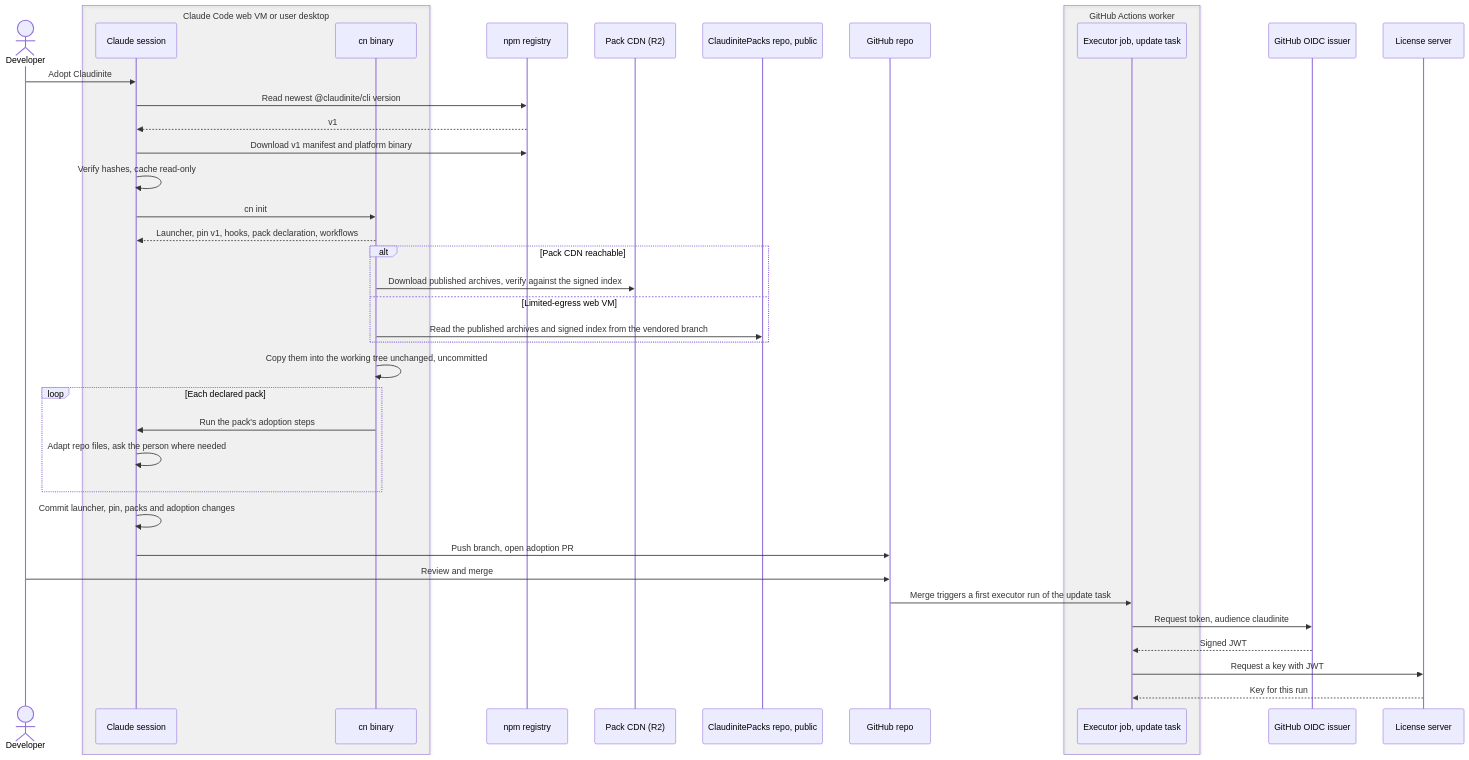
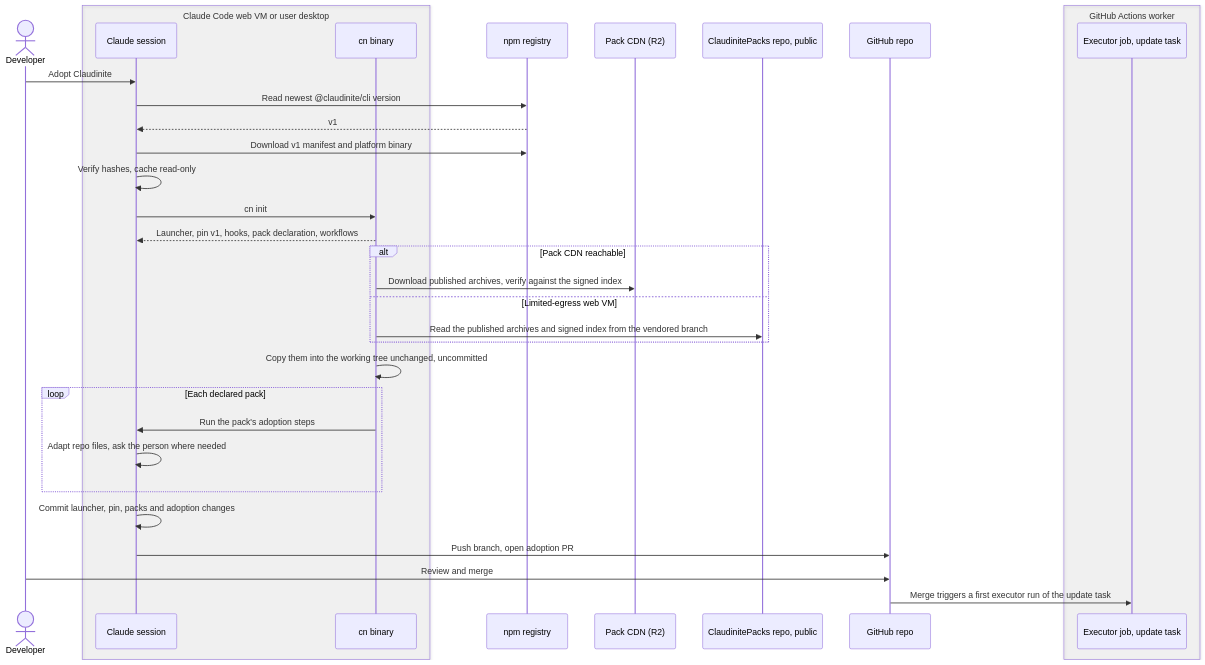
The second of 8 diagrams in docs/design.md (missingbulb/ClaudiniteEngine), drawn with Mermaid before and after one commit. The commit also changed other lines of this file and 145 other files, not shown here.

````diff
--- a/docs/design.md
+++ b/docs/design.md
@@ -271,42 +268,36 @@
 ```mermaid
 sequenceDiagram
   actor Dev as Developer
   box rgba(128,128,128,0.08) Claude Code web VM or user desktop
     participant S as Claude session
     participant B as cn binary
   end
   participant NPM as npm registry
   participant R2 as Pack CDN (R2)
   participant GHR as ClaudinitePacks repo, public
   participant GH as GitHub repo
   box rgba(128,128,128,0.08) GitHub Actions worker
     participant U as Executor job, update task
   end
-  participant OIDC as GitHub OIDC issuer
-  participant LIC as License server
   Dev->>S: Adopt Claudinite
   S->>NPM: Read newest @claudinite/cli version
   NPM-->>S: v1
   S->>NPM: Download v1 manifest and platform binary
   S->>S: Verify hashes, cache read-only
   S->>B: cn init
   B-->>S: Launcher, pin v1, hooks, pack declaration, workflows
   alt Pack CDN reachable
     B->>R2: Download published archives, verify against the signed index
   else Limited-egress web VM
     B->>GHR: Read the published archives and signed index from the vendored branch
   end
   B->>B: Copy them into the working tree unchanged, uncommitted
   loop Each declared pack
     B->>S: Run the pack's adoption steps
     S->>S: Adapt repo files, ask the person where needed
   end
   S->>S: Commit launcher, pin, packs and adoption changes
   S->>GH: Push branch, open adoption PR
   Dev->>GH: Review and merge
   GH->>U: Merge triggers a first executor run of the update task
-  U->>OIDC: Request token, audience claudinite
-  OIDC-->>U: Signed JWT
-  U->>LIC: Request a key with JWT
-  LIC-->>U: Key for this run
 ```
````
